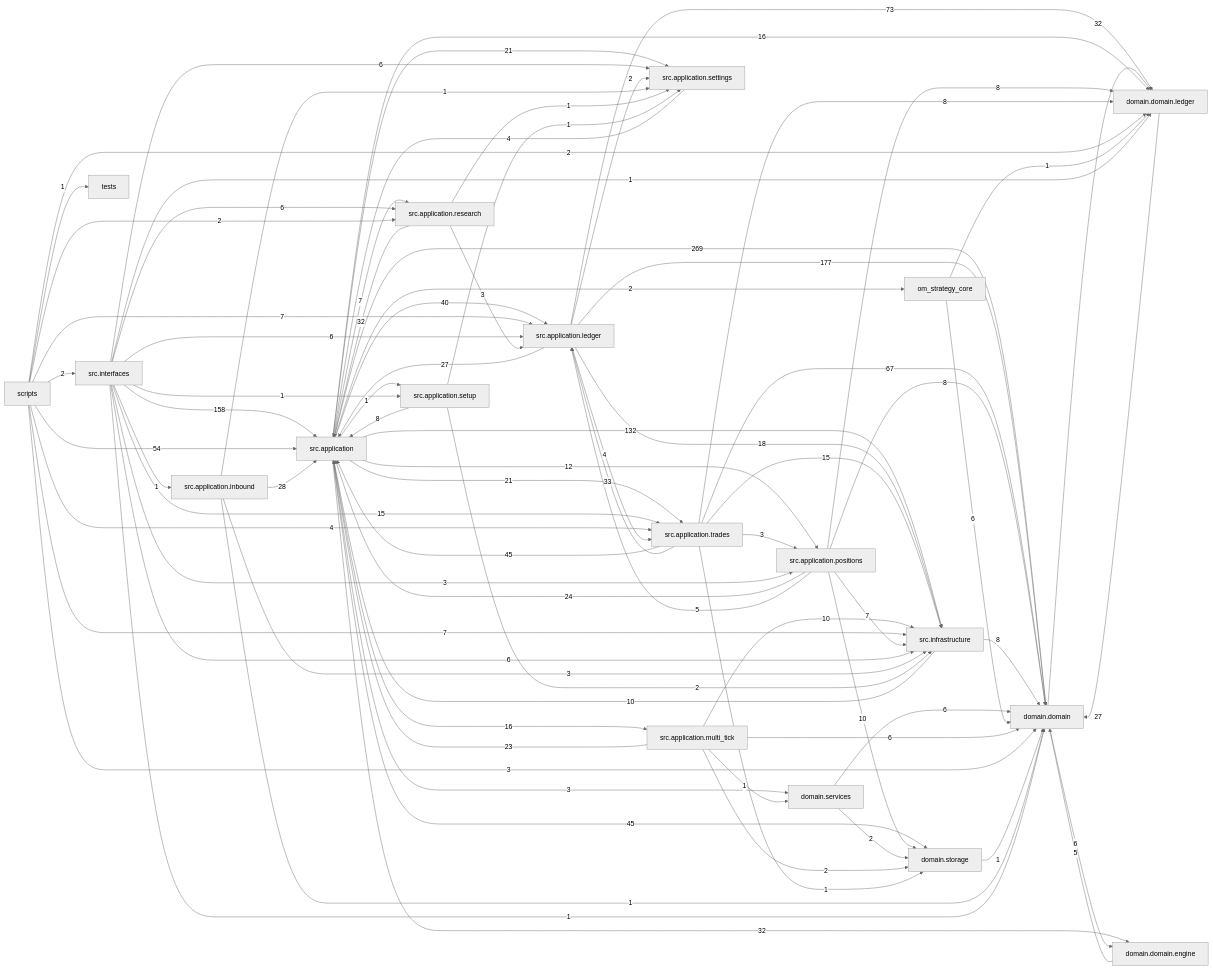
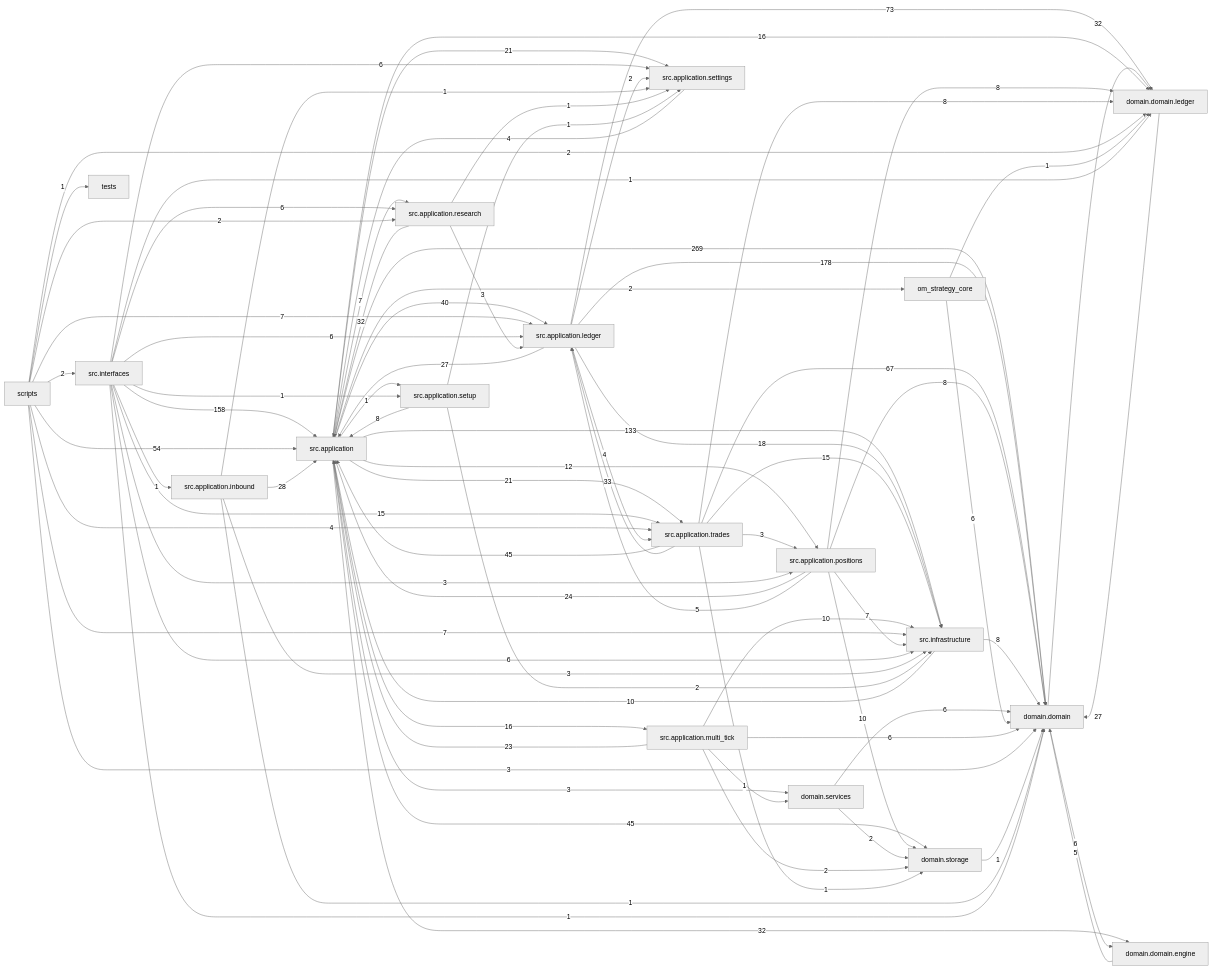
Before and after one commit to liuxie066/options-monitor: the diagram in docs/dependency_graph.mmd, drawn with Mermaid (neutral theme). The commit also changed 50 other files, not shown here.

```diff
--- a/docs/dependency_graph.mmd
+++ b/docs/dependency_graph.mmd
@@ -1,81 +1,81 @@
 flowchart LR
   src_application["src.application"] -->|269| domain_domain["domain.domain"]
-  src_application_ledger["src.application.ledger"] -->|177| domain_domain["domain.domain"]
+  src_application_ledger["src.application.ledger"] -->|178| domain_domain["domain.domain"]
   src_interfaces["src.interfaces"] -->|158| src_application["src.application"]
-  src_application["src.application"] -->|132| src_infrastructure["src.infrastructure"]
+  src_application["src.application"] -->|133| src_infrastructure["src.infrastructure"]
   src_application_ledger["src.application.ledger"] -->|73| domain_domain_ledger["domain.domain.ledger"]
   src_application_trades["src.application.trades"] -->|67| domain_domain["domain.domain"]
   scripts["scripts"] -->|54| src_application["src.application"]
   src_application["src.application"] -->|45| domain_storage["domain.storage"]
   src_application_trades["src.application.trades"] -->|45| src_application["src.application"]
   src_application["src.application"] -->|40| src_application_ledger["src.application.ledger"]
   src_application_trades["src.application.trades"] -->|33| src_application_ledger["src.application.ledger"]
   domain_domain["domain.domain"] -->|32| domain_domain_ledger["domain.domain.ledger"]
   src_application["src.application"] -->|32| domain_domain_engine["domain.domain.engine"]
   src_application_research["src.application.research"] -->|32| src_application["src.application"]
   src_application_inbound["src.application.inbound"] -->|28| src_application["src.application"]
   domain_domain_ledger["domain.domain.ledger"] -->|27| domain_domain["domain.domain"]
   src_application_ledger["src.application.ledger"] -->|27| src_application["src.application"]
   src_application_positions["src.application.positions"] -->|24| src_application["src.application"]
   src_application_multi_tick["src.application.multi_tick"] -->|23| src_application["src.application"]
   src_application["src.application"] -->|21| src_application_settings["src.application.settings"]
   src_application["src.application"] -->|21| src_application_trades["src.application.trades"]
   src_application_ledger["src.application.ledger"] -->|18| src_infrastructure["src.infrastructure"]
   src_application["src.application"] -->|16| domain_domain_ledger["domain.domain.ledger"]
   src_application["src.application"] -->|16| src_application_multi_tick["src.application.multi_tick"]
   src_application_trades["src.application.trades"] -->|15| src_infrastructure["src.infrastructure"]
   src_interfaces["src.interfaces"] -->|15| src_application_trades["src.application.trades"]
   src_application["src.application"] -->|12| src_application_positions["src.application.positions"]
   src_application_multi_tick["src.application.multi_tick"] -->|10| src_infrastructure["src.infrastructure"]
   src_application_positions["src.application.positions"] -->|10| domain_storage["domain.storage"]
   src_infrastructure["src.infrastructure"] -->|10| src_application["src.application"]
   src_application_positions["src.application.positions"] -->|8| domain_domain["domain.domain"]
   src_application_positions["src.application.positions"] -->|8| domain_domain_ledger["domain.domain.ledger"]
   src_application_setup["src.application.setup"] -->|8| src_application["src.application"]
   src_application_trades["src.application.trades"] -->|8| domain_domain_ledger["domain.domain.ledger"]
   src_infrastructure["src.infrastructure"] -->|8| domain_domain["domain.domain"]
   scripts["scripts"] -->|7| src_application_ledger["src.application.ledger"]
   scripts["scripts"] -->|7| src_infrastructure["src.infrastructure"]
   src_application["src.application"] -->|7| src_application_research["src.application.research"]
   src_application_positions["src.application.positions"] -->|7| src_infrastructure["src.infrastructure"]
   domain_domain["domain.domain"] -->|6| domain_domain_engine["domain.domain.engine"]
   domain_services["domain.services"] -->|6| domain_domain["domain.domain"]
   om_strategy_core["om_strategy_core"] -->|6| domain_domain["domain.domain"]
   src_application_multi_tick["src.application.multi_tick"] -->|6| domain_domain["domain.domain"]
   src_interfaces["src.interfaces"] -->|6| src_application_ledger["src.application.ledger"]
   src_interfaces["src.interfaces"] -->|6| src_application_research["src.application.research"]
   src_interfaces["src.interfaces"] -->|6| src_application_settings["src.application.settings"]
   src_interfaces["src.interfaces"] -->|6| src_infrastructure["src.infrastructure"]
   domain_domain_engine["domain.domain.engine"] -->|5| domain_domain["domain.domain"]
   src_application_positions["src.application.positions"] -->|5| src_application_ledger["src.application.ledger"]
   scripts["scripts"] -->|4| src_application_trades["src.application.trades"]
   src_application_ledger["src.application.ledger"] -->|4| src_application_trades["src.application.trades"]
   src_application_settings["src.application.settings"] -->|4| src_application["src.application"]
   scripts["scripts"] -->|3| domain_domain["domain.domain"]
   src_application["src.application"] -->|3| domain_services["domain.services"]
   src_application_inbound["src.application.inbound"] -->|3| src_infrastructure["src.infrastructure"]
   src_application_research["src.application.research"] -->|3| src_application_ledger["src.application.ledger"]
   src_application_trades["src.application.trades"] -->|3| src_application_positions["src.application.positions"]
   src_interfaces["src.interfaces"] -->|3| src_application_positions["src.application.positions"]
   domain_services["domain.services"] -->|2| domain_storage["domain.storage"]
   scripts["scripts"] -->|2| domain_domain_ledger["domain.domain.ledger"]
   scripts["scripts"] -->|2| src_application_research["src.application.research"]
   scripts["scripts"] -->|2| src_interfaces["src.interfaces"]
   src_application["src.application"] -->|2| om_strategy_core["om_strategy_core"]
   src_application_ledger["src.application.ledger"] -->|2| src_application_settings["src.application.settings"]
   src_application_multi_tick["src.application.multi_tick"] -->|2| domain_storage["domain.storage"]
   src_application_setup["src.application.setup"] -->|2| src_infrastructure["src.infrastructure"]
   domain_storage["domain.storage"] -->|1| domain_domain["domain.domain"]
   om_strategy_core["om_strategy_core"] -->|1| domain_domain_ledger["domain.domain.ledger"]
   scripts["scripts"] -->|1| tests["tests"]
   src_application["src.application"] -->|1| src_application_setup["src.application.setup"]
   src_application_inbound["src.application.inbound"] -->|1| domain_domain["domain.domain"]
   src_application_inbound["src.application.inbound"] -->|1| src_application_settings["src.application.settings"]
   src_application_multi_tick["src.application.multi_tick"] -->|1| domain_services["domain.services"]
   src_application_research["src.application.research"] -->|1| src_application_settings["src.application.settings"]
   src_application_setup["src.application.setup"] -->|1| src_application_settings["src.application.settings"]
   src_application_trades["src.application.trades"] -->|1| domain_storage["domain.storage"]
   src_interfaces["src.interfaces"] -->|1| domain_domain["domain.domain"]
   src_interfaces["src.interfaces"] -->|1| domain_domain_ledger["domain.domain.ledger"]
   src_interfaces["src.interfaces"] -->|1| src_application_inbound["src.application.inbound"]
   src_interfaces["src.interfaces"] -->|1| src_application_setup["src.application.setup"]
```
